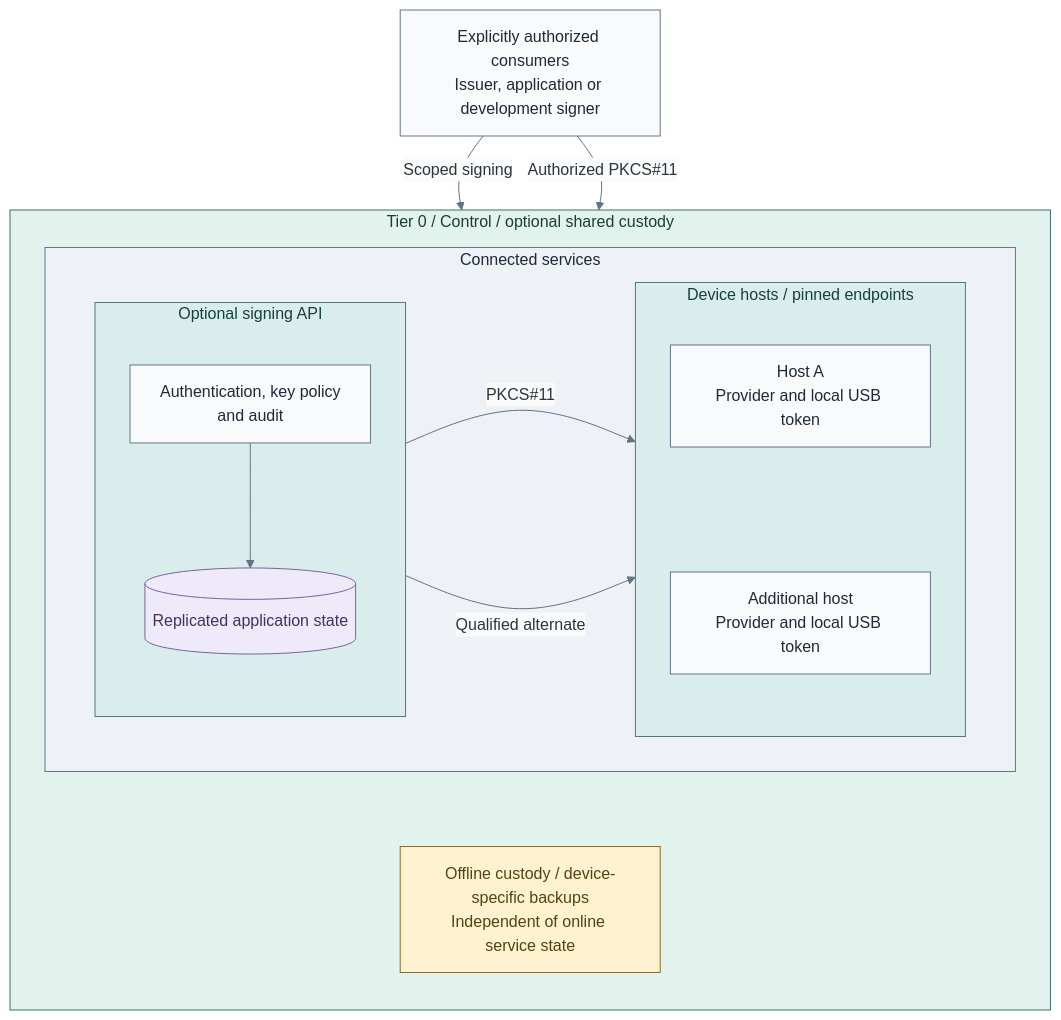
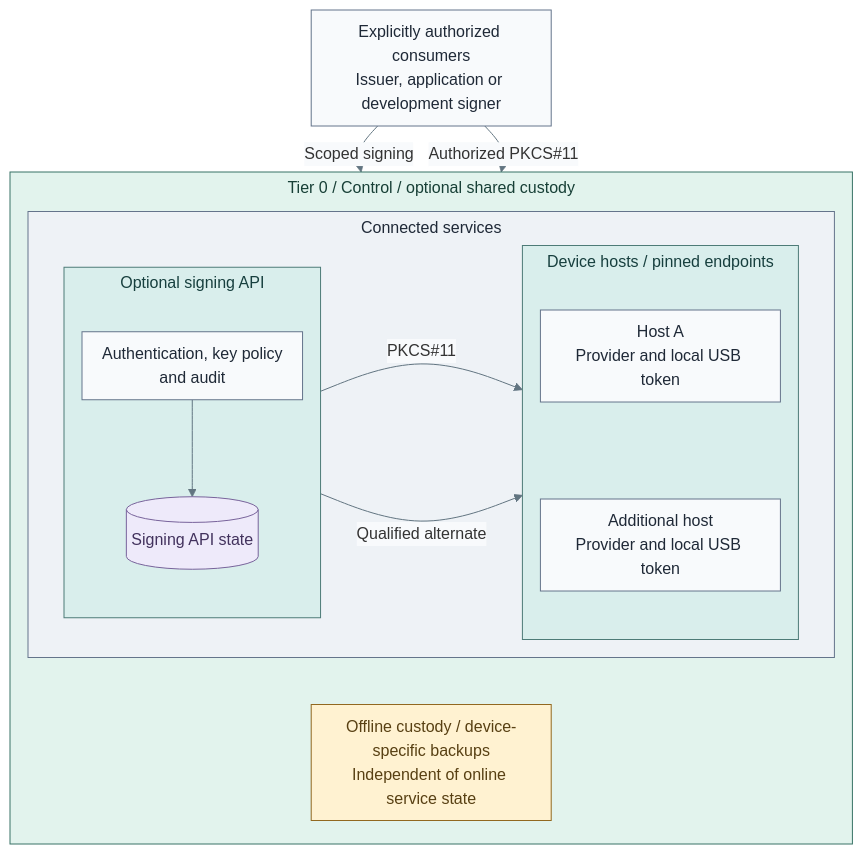
The first of 2 diagrams in docs/01-architecture/08-cryptography/04-usb-hsm.md (Rexus/homelab), drawn with Mermaid before and after one commit. The commit also changed other lines of this file and 279 other files, not shown here.

````diff
--- a/docs/01-architecture/08-cryptography/04-usb-hsm.md
+++ b/docs/01-architecture/08-cryptography/04-usb-hsm.md
@@ -46,40 +13,40 @@
 ```mermaid
-%%{init: {"theme":"base","themeVariables":{"lineColor":"#627581","edgeLabelBackground":"#f8fafc"}}}%%
+%%{init: {"theme":"base","flowchart":{"nodeSpacing":16,"rankSpacing":22,"padding":10,"subGraphTitleMargin":{"top":4,"bottom":12}},"themeVariables":{"lineColor":"#627581","edgeLabelBackground":"#f8fafc"}}}%%
 flowchart TB
   Clients["Explicitly authorized consumers<br/>Issuer, application or development signer"]
   subgraph T0["Tier 0 / Control / optional shared custody"]
     direction TB
     subgraph Connected["Connected services"]
       direction LR
       subgraph API["Optional signing API"]
         direction TB
         Policy["Authentication, key policy<br/>and audit"]
-        State[("Replicated application state")]
+        State[("Signing API state")]
         Policy --> State
       end
       subgraph Pool["Device hosts / pinned endpoints"]
         direction TB
         ProviderA["Host A<br/>Provider and local USB token"]
         ProviderB["Additional host<br/>Provider and local USB token"]
         ProviderA ~~~ ProviderB
       end
     end
     Custody["Offline custody / device-specific backups<br/>Independent of online service state"]
     ProviderB ~~~ Custody
   end
   Clients -->|Scoped signing| Policy
   Clients -->|Authorized PKCS#11| ProviderA
   Policy -->|PKCS#11| ProviderA
   Policy -->|Qualified alternate| ProviderB
   classDef default fill:#f8fafc,stroke:#64748b,color:#1f2937
   classDef control fill:#e2f3ed,stroke:#397366,color:#173f36
   classDef boundary fill:#eef2f6,stroke:#64748b,color:#1f2937
   classDef runtime fill:#d9eeec,stroke:#4d7b77,color:#173f3e
   classDef custody fill:#fff2d1,stroke:#926820,color:#584013
   classDef data fill:#eeeafa,stroke:#78639b,color:#42325d
   class T0 control
   class Connected boundary
   class API,Pool runtime
   class Custody custody
   class State data
 ```
````
